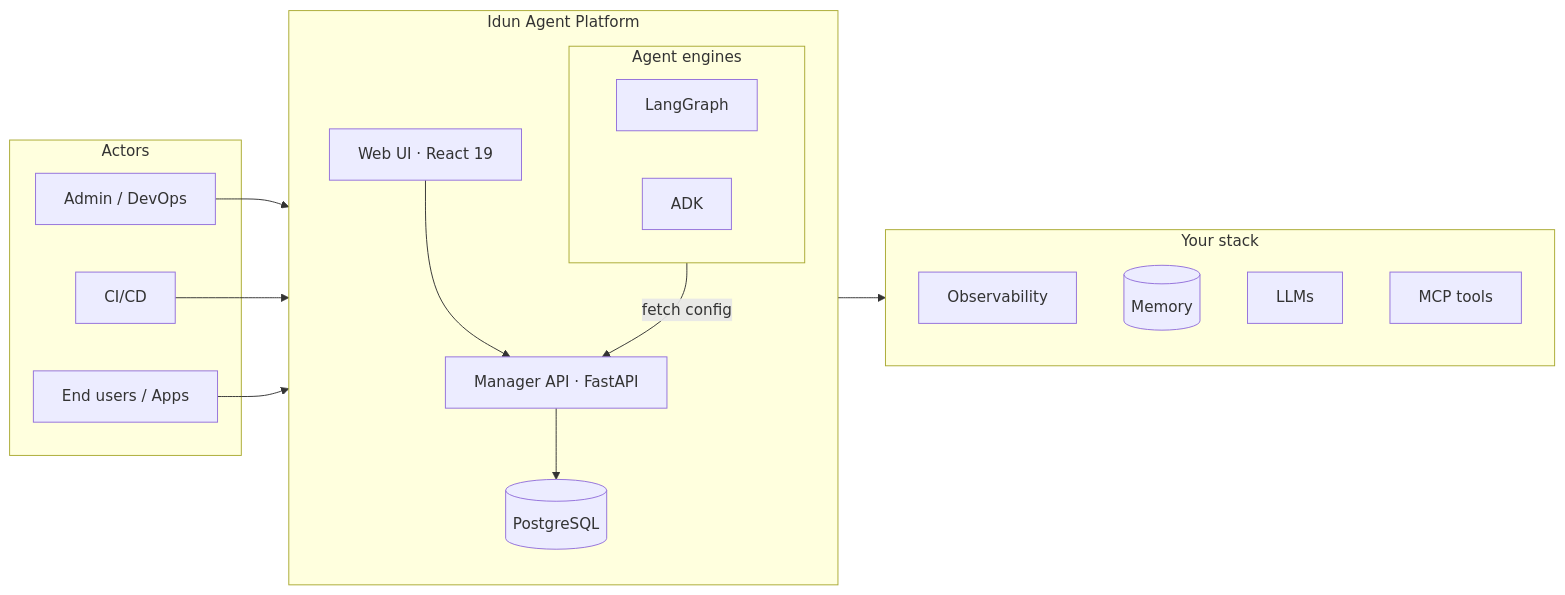
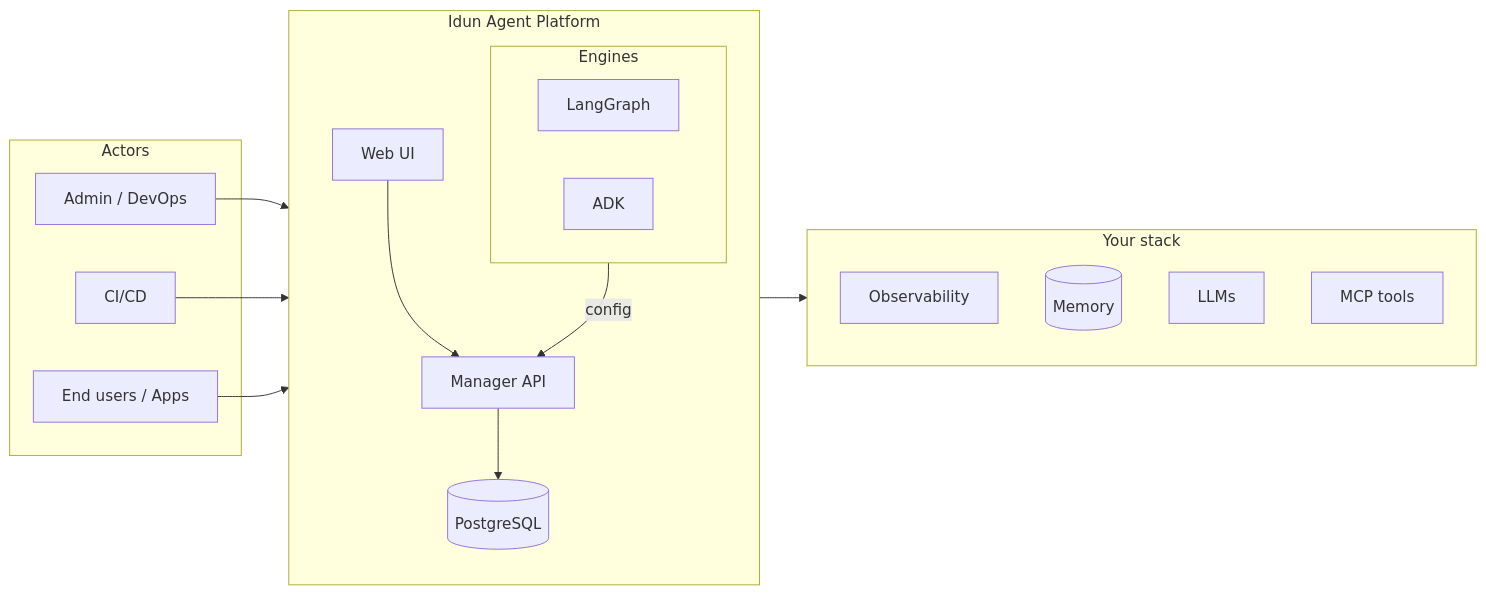
Before and after one commit to Idun-Group/idun-agent-platform: the diagram in README.md, drawn with Mermaid. The commit also changed other lines of this file and 2 other files, not shown here.

````diff
--- a/README.md
+++ b/README.md
@@ -106,31 +144,31 @@
 ```mermaid
 flowchart LR
   subgraph Actors
     Users["End users / Apps"]
     Admin["Admin / DevOps"]
     CICD["CI/CD"]
   end
 
   subgraph Platform["Idun Agent Platform"]
     direction TB
-    UI["Web UI · React 19"]
-    MGR["Manager API · FastAPI"]
-    subgraph Engines["Agent engines"]
+    UI["Web UI"]
+    MGR["Manager API"]
+    subgraph Engines["Engines"]
       ENG1["LangGraph"]
       ENG2["ADK"]
     end
     DB[(PostgreSQL)]
   end
 
   subgraph Infra["Your stack"]
     OBS["Observability"]
     MEM[(Memory)]
     LLM["LLMs"]
     TOOLS["MCP tools"]
   end
 
   Admin --> UI --> MGR --> DB
-  Engines -- "fetch config" --> MGR
+  Engines -- "config" --> MGR
   CICD --> Engines
   Users --> Engines --> Infra
 ```
````
